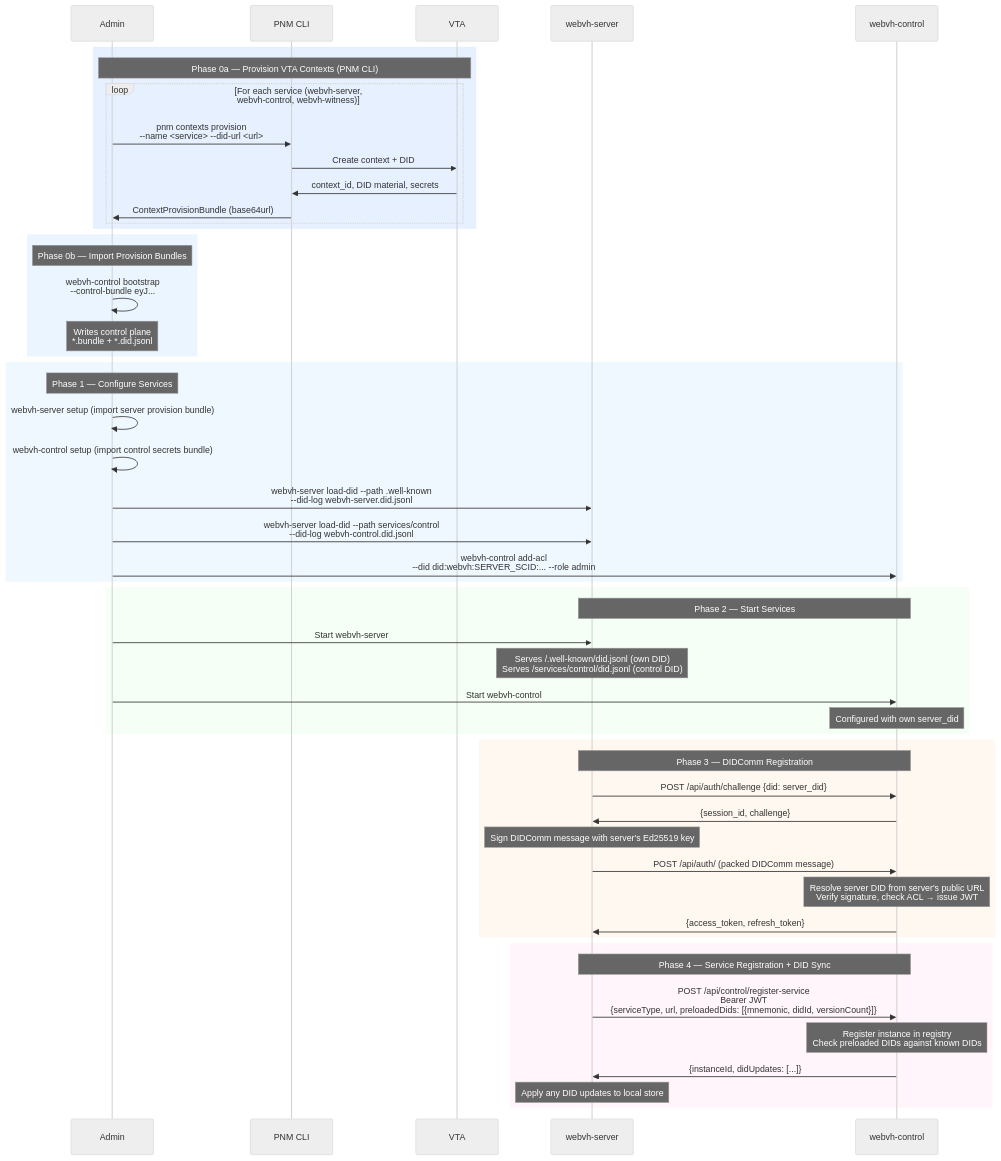
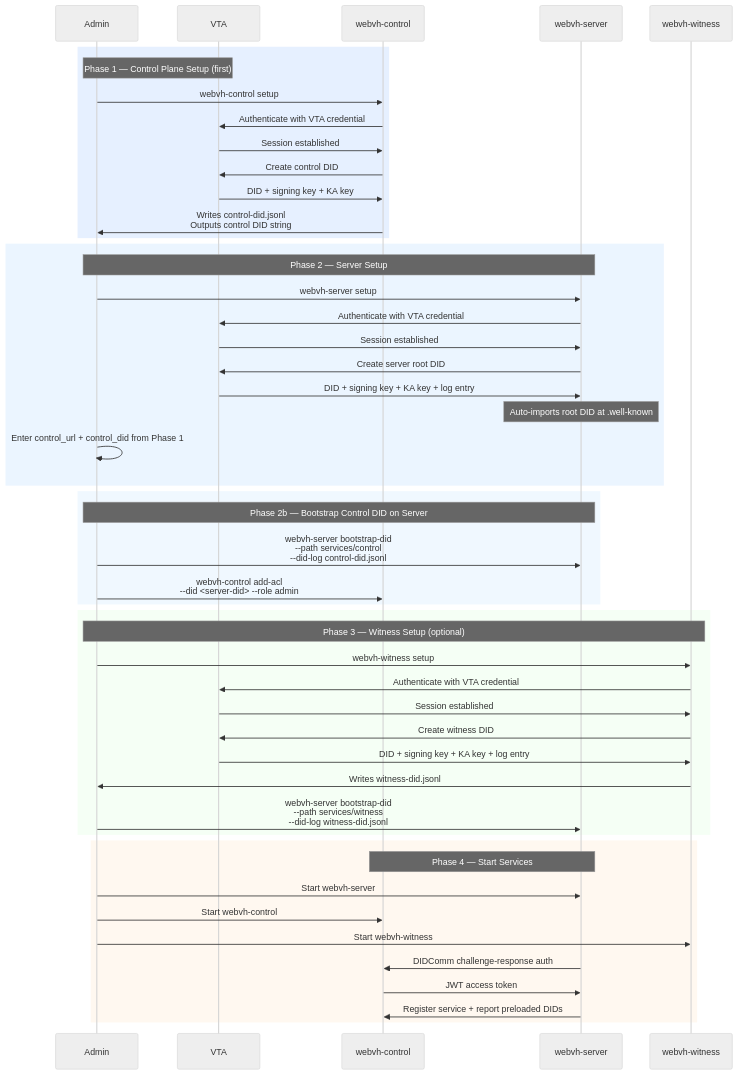
Before and after one commit to affinidi/affinidi-webvh-service: the diagram in docs/bootstrap_startup.md, drawn with Mermaid (neutral theme). The commit also changed other lines of this file and 20 other files, not shown here.

First line of the commit message:
feat: replace bundle-paste setup with direct VTA integration

````diff
--- a/docs/bootstrap_startup.md
+++ b/docs/bootstrap_startup.md
@@ -23,59 +25,56 @@
 ```mermaid
 sequenceDiagram
     participant Admin
-    participant PNM as PNM CLI
     participant VTA
+    participant Control as webvh-control
     participant Server as webvh-server
-    participant Control as webvh-control
+    participant Witness as webvh-witness
 
     rect rgb(230, 240, 255)
-        Note over Admin,VTA: Phase 0a — Provision VTA Contexts (PNM CLI)
-        loop For each service (webvh-server, webvh-control, webvh-witness)
-            Admin->>PNM: pnm contexts provision<br/>--name <service> --did-url <url>
-            PNM->>VTA: Create context + DID
-            VTA->>PNM: context_id, DID material, secrets
-            PNM->>Admin: ContextProvisionBundle (base64url)
-        end
+        Note over Admin,VTA: Phase 1 — Control Plane Setup (first)
+        Admin->>Control: webvh-control setup
+        Control->>VTA: Authenticate with VTA credential
+        VTA->>Control: Session established
+        Control->>VTA: Create control DID
+        VTA->>Control: DID + signing key + KA key
+        Control->>Admin: Writes control-did.jsonl<br/>Outputs control DID string
     end
 
     rect rgb(235, 245, 255)
-        Note over Admin: Phase 0b — Import Provision Bundles
-        Admin->>Admin: webvh-control bootstrap<br/>--control-bundle eyJ...
-        Note over Admin: Writes control plane<br/>*.bundle + *.did.jsonl
+        Note over Admin,Server: Phase 2 — Server Setup
+        Admin->>Server: webvh-server setup
+        Server->>VTA: Authenticate with VTA credential
+        VTA->>Server: Session established
+        Server->>VTA: Create server root DID
+        VTA->>Server: DID + signing key + KA key + log entry
+        Note over Server: Auto-imports root DID at .well-known
+        Admin->>Admin: Enter control_url + control_did from Phase 1
     end
 
     rect rgb(240, 248, 255)
-        Note over Admin: Phase 1 — Configure Services
-        Admin->>Admin: webvh-server setup (import server provision bundle)
-        Admin->>Admin: webvh-control setup (import control secrets bundle)
-        Admin->>Server: webvh-server load-did --path .well-known<br/>--did-log webvh-server.did.jsonl
-        Admin->>Server: webvh-server load-did --path services/control<br/>--did-log webvh-control.did.jsonl
-        Admin->>Control: webvh-control add-acl<br/>--did did:webvh:SERVER_SCID:... --role admin
+        Note over Admin,Server: Phase 2b — Bootstrap Control DID on Server
+        Admin->>Server: webvh-server bootstrap-did<br/>--path services/control<br/>--did-log control-did.jsonl
+        Admin->>Control: webvh-control add-acl<br/>--did <server-did> --role admin
     end
 
     rect rgb(245, 255, 245)
-        Note over Server,Control: Phase 2 — Start Services
-        Admin->>Server: Start webvh-server
-        Note over Server: Serves /.well-known/did.jsonl (own DID)<br/>Serves /services/control/did.jsonl (control DID)
-        Admin->>Control: Start webvh-control
-        Note over Control: Configured with own server_did
+        Note over Admin,Witness: Phase 3 — Witness Setup (optional)
+        Admin->>Witness: webvh-witness setup
+        Witness->>VTA: Authenticate with VTA credential
+        VTA->>Witness: Session established
+        Witness->>VTA: Create witness DID
+        VTA->>Witness: DID + signing key + KA key + log entry
+        Witness->>Admin: Writes witness-did.jsonl
+        Admin->>Server: webvh-server bootstrap-did<br/>--path services/witness<br/>--did-log witness-did.jsonl
     end
 
     rect rgb(255, 248, 240)
-        Note over Server,Control: Phase 3 — DIDComm Registration
-        Server->>Control: POST /api/auth/challenge {did: server_did}
-        Control->>Server: {session_id, challenge}
-        Note over Server: Sign DIDComm message with server's Ed25519 key
-        Server->>Control: POST /api/auth/ (packed DIDComm message)
-        Note over Control: Resolve server DID from server's public URL<br/>Verify signature, check ACL → issue JWT
-        Control->>Server: {access_token, refresh_token}
-    end
-
-    rect rgb(255, 245, 250)
-        Note over Server,Control: Phase 4 — Service Registration + DID Sync
-        Server->>Control: POST /api/control/register-service<br/>Bearer JWT<br/>{serviceType, url, preloadedDids: [{mnemonic, didId, versionCount}]}
-        Note over Control: Register instance in registry<br/>Check preloaded DIDs against known DIDs
-        Control->>Server: {instanceId, didUpdates: [...]}
-        Note over Server: Apply any DID updates to local store
+        Note over Server,Control: Phase 4 — Start Services
+        Admin->>Server: Start webvh-server
+        Admin->>Control: Start webvh-control
+        Admin->>Witness: Start webvh-witness
+        Server->>Control: DIDComm challenge-response auth
+        Control->>Server: JWT access token
+        Server->>Control: Register service + report preloaded DIDs
     end
 ```
````
